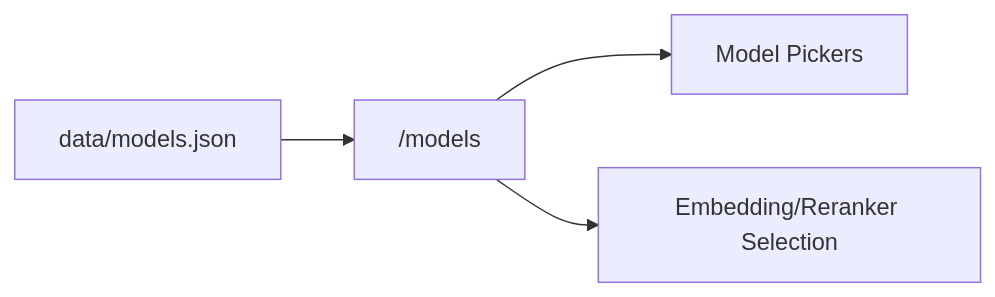
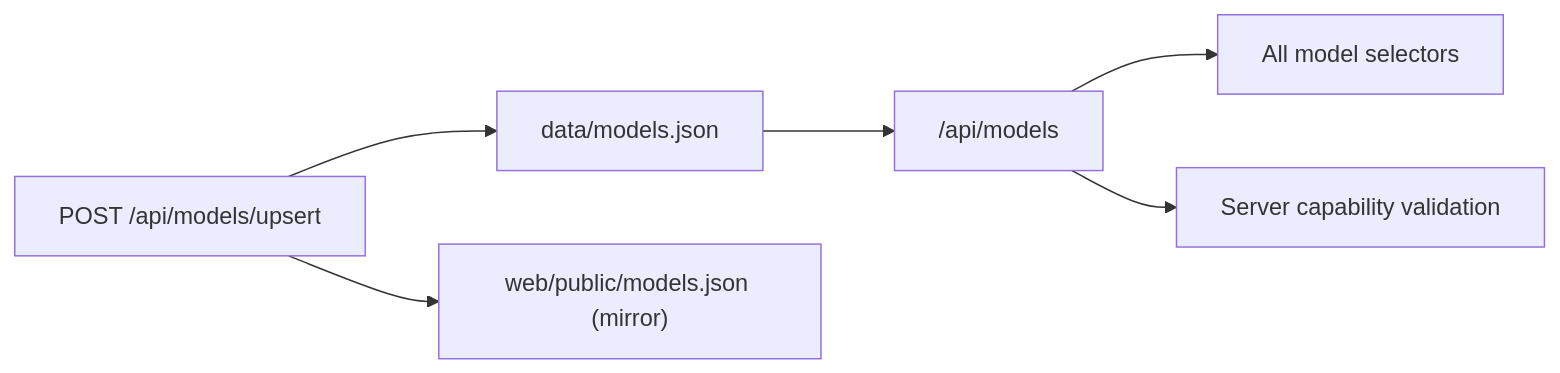
Before and after one commit to DMontgomery40/ragweld: the diagram in mkdocs/docs/models.md, drawn with Mermaid. The commit also changed other lines of this file and 32 other files, not shown here.

First line of the commit message:
refactor: enhance model catalog API and validation checks

````diff
--- a/mkdocs/docs/models.md
+++ b/mkdocs/docs/models.md
@@ -46,6 +60,8 @@
 ```mermaid
 flowchart LR
-    Catalog["data/models.json"] --> API["/models"]
-    API --> UI["Model Pickers"]
-    API --> Server["Embedding/Reranker Selection"]
+    Catalog["data/models.json"] --> API["/api/models"]
+    API --> UI["All model selectors"]
+    API --> Validate["Server capability validation"]
+    Upsert["POST /api/models/upsert"] --> Catalog
+    Upsert --> Mirror["web/public/models.json (mirror)"]
 ```
````
